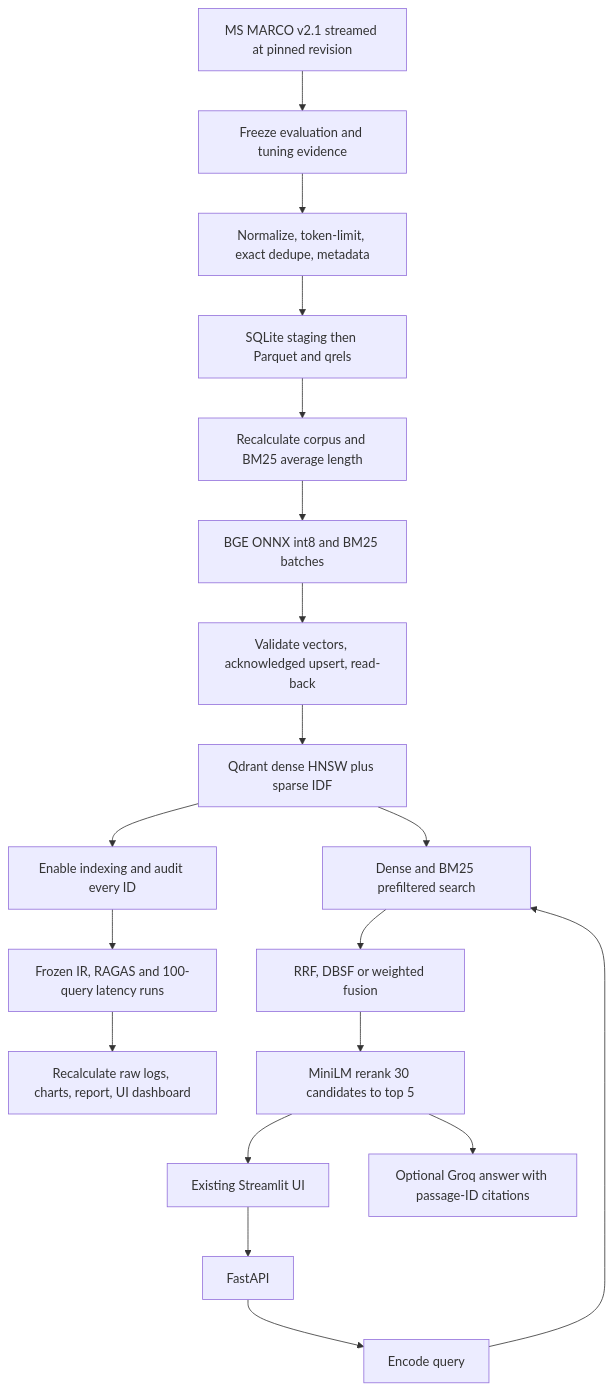
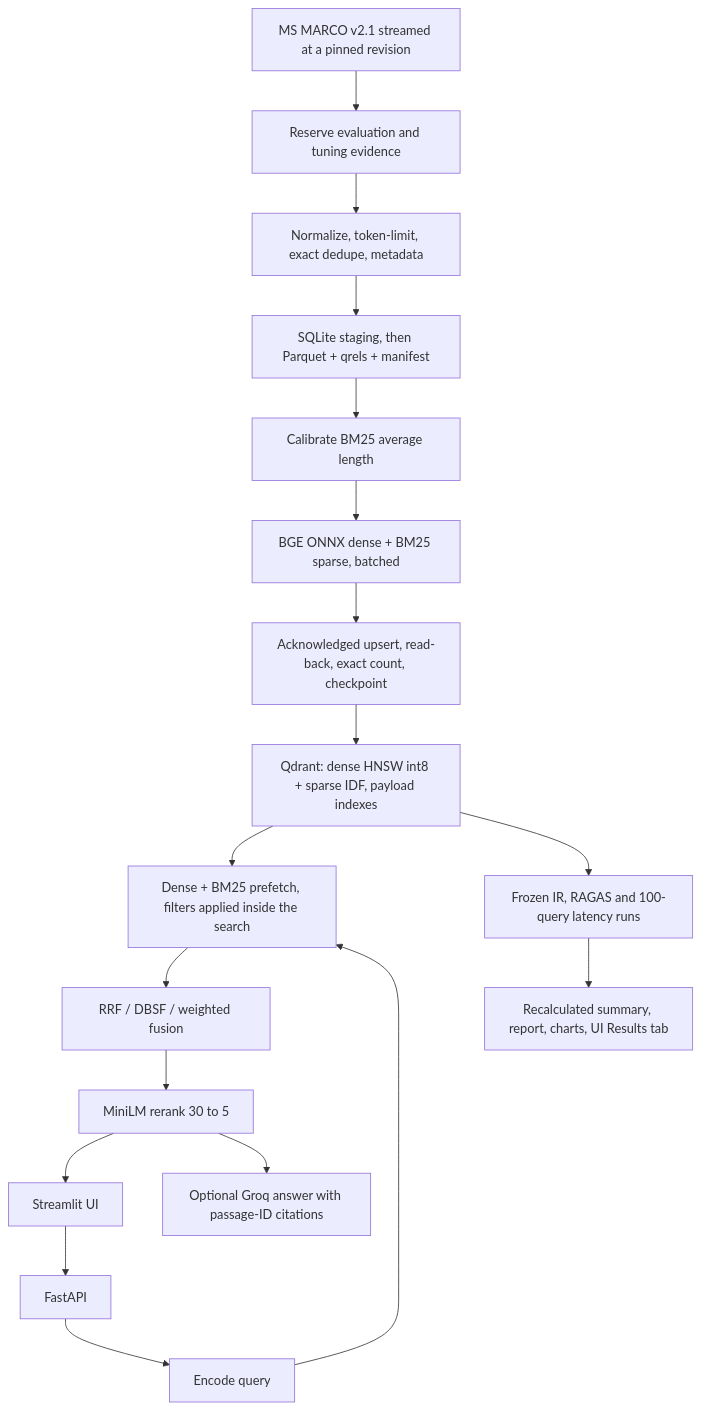
One commit to Prathamesh1345/Precision-RAG changed the diagram in README.md. Above: the diagram before and after it, drawn with Mermaid. The commit also changed other lines of this file and 43 other files, not shown here.

````diff
--- a/README.md
+++ b/README.md
@@ -50,21 +103,20 @@
 ```mermaid
 flowchart TD
-    A[MS MARCO v2.1 streamed at pinned revision] --> B[Freeze evaluation and tuning evidence]
+    A[MS MARCO v2.1 streamed at a pinned revision] --> B[Reserve evaluation and tuning evidence]
     B --> C[Normalize, token-limit, exact dedupe, metadata]
-    C --> D[SQLite staging then Parquet and qrels]
-    D --> E[Recalculate corpus and BM25 average length]
-    E --> F[BGE ONNX int8 and BM25 batches]
-    F --> G[Validate vectors, acknowledged upsert, read-back]
-    G --> H[Qdrant dense HNSW plus sparse IDF]
-    H --> I[Enable indexing and audit every ID]
-    UI[Existing Streamlit UI] --> API[FastAPI]
+    C --> D[SQLite staging, then Parquet + qrels + manifest]
+    D --> E[Calibrate BM25 average length]
+    E --> F[BGE ONNX dense + BM25 sparse, batched]
+    F --> G[Acknowledged upsert, read-back, exact count, checkpoint]
+    G --> H[Qdrant: dense HNSW int8 + sparse IDF, payload indexes]
+    UI[Streamlit UI] --> API[FastAPI]
     API --> Q[Encode query]
-    Q --> R[Dense and BM25 prefiltered search]
+    Q --> R[Dense + BM25 prefetch, filters applied inside the search]
     H --> R
-    R --> S[RRF, DBSF or weighted fusion]
-    S --> T[MiniLM rerank 30 candidates to top 5]
+    R --> S[RRF / DBSF / weighted fusion]
+    S --> T[MiniLM rerank 30 to 5]
     T --> UI
     T --> L[Optional Groq answer with passage-ID citations]
-    I --> V[Frozen IR, RAGAS and 100-query latency runs]
-    V --> W[Recalculate raw logs, charts, report, UI dashboard]
+    H --> V[Frozen IR, RAGAS and 100-query latency runs]
+    V --> W[Recalculated summary, report, charts, UI Results tab]
 ```
````
